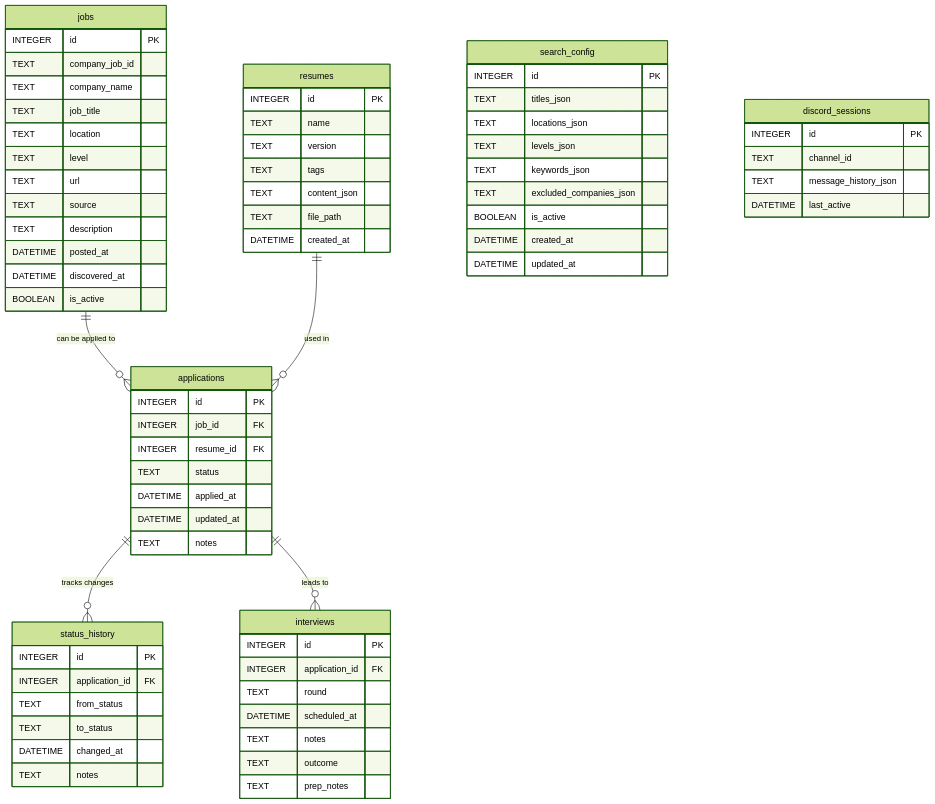
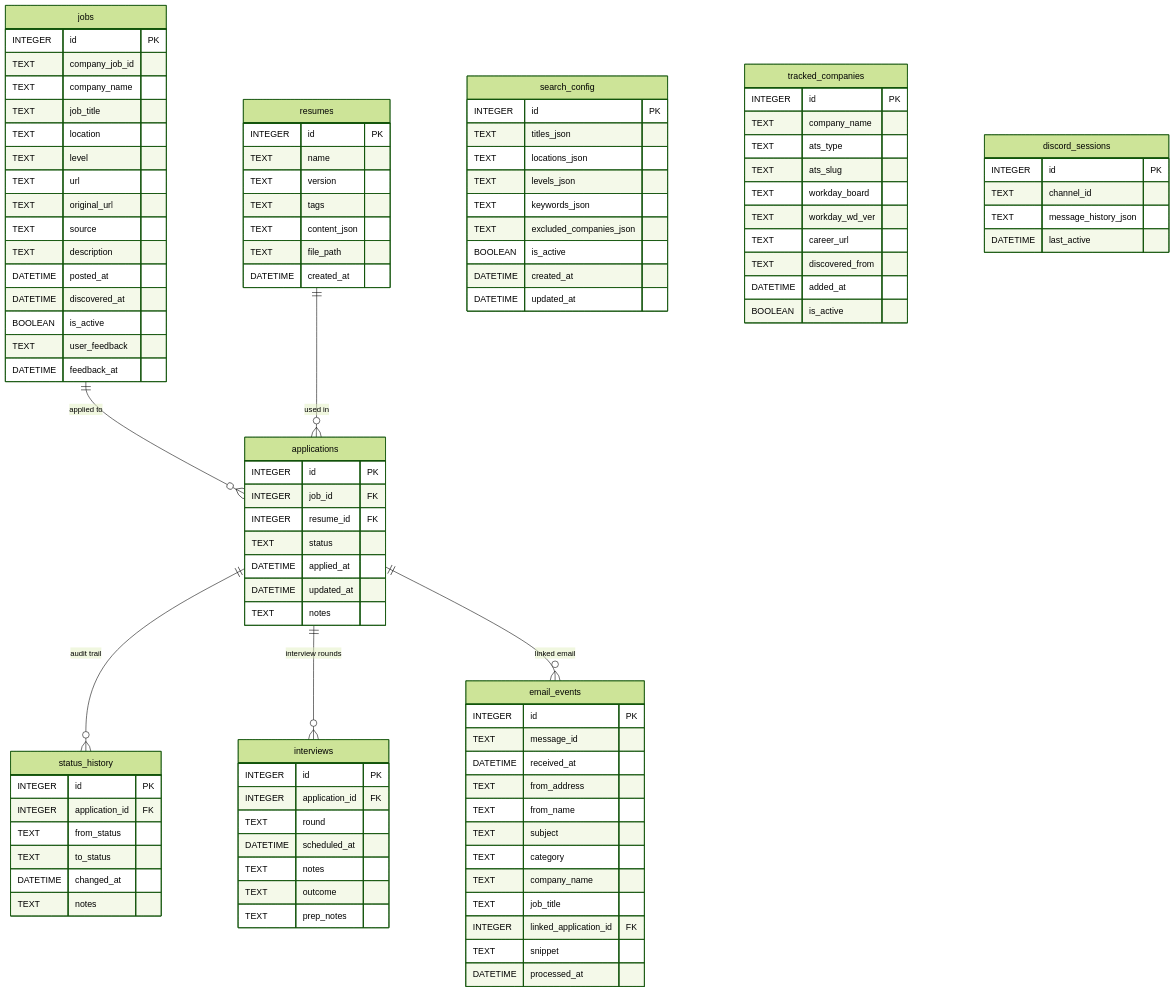
One commit to jimmymoonstation/job-hunt-partner changed the diagram in docs/schema.md. Above: the diagram before and after it, drawn with Mermaid (forest theme). The commit also changed other lines of this file and 30 other files, not shown here.

````diff
--- a/docs/schema.md
+++ b/docs/schema.md
@@ -11,79 +10,111 @@
 erDiagram
     jobs {
         INTEGER id PK
-        TEXT company_job_id
-        TEXT company_name
-        TEXT job_title
-        TEXT location
-        TEXT level
-        TEXT url
-        TEXT source
-        TEXT description
+        TEXT    company_job_id
+        TEXT    company_name
+        TEXT    job_title
+        TEXT    location
+        TEXT    level
+        TEXT    url
+        TEXT    original_url
+        TEXT    source
+        TEXT    description
         DATETIME posted_at
         DATETIME discovered_at
-        BOOLEAN is_active
+        BOOLEAN  is_active
+        TEXT    user_feedback
+        DATETIME feedback_at
     }
 
     applications {
-        INTEGER id PK
-        INTEGER job_id FK
-        INTEGER resume_id FK
-        TEXT status
+        INTEGER  id PK
+        INTEGER  job_id FK
+        INTEGER  resume_id FK
+        TEXT     status
         DATETIME applied_at
         DATETIME updated_at
-        TEXT notes
+        TEXT     notes
     }
 
     status_history {
-        INTEGER id PK
-        INTEGER application_id FK
-        TEXT from_status
-        TEXT to_status
+        INTEGER  id PK
+        INTEGER  application_id FK
+        TEXT     from_status
+        TEXT     to_status
         DATETIME changed_at
-        TEXT notes
+        TEXT     notes
     }
 
     interviews {
-        INTEGER id PK
-        INTEGER application_id FK
-        TEXT round
+        INTEGER  id PK
+        INTEGER  application_id FK
+        TEXT     round
         DATETIME scheduled_at
-        TEXT notes
-        TEXT outcome
-        TEXT prep_notes
+        TEXT     notes
+        TEXT     outcome
+        TEXT     prep_notes
     }
 
     resumes {
-        INTEGER id PK
-        TEXT name
-        TEXT version
-        TEXT tags
-        TEXT content_json
-        TEXT file_path
+        INTEGER  id PK
+        TEXT     name
+        TEXT     version
+        TEXT     tags
+        TEXT     content_json
+        TEXT     file_path
         DATETIME created_at
     }
 
     search_config {
-        INTEGER id PK
-        TEXT titles_json
-        TEXT locations_json
-        TEXT levels_json
-        TEXT keywords_json
-        TEXT excluded_companies_json
-        BOOLEAN is_active
+        INTEGER  id PK
+        TEXT     titles_json
+        TEXT     locations_json
+        TEXT     levels_json
+        TEXT     keywords_json
+        TEXT     excluded_companies_json
+        BOOLEAN  is_active
         DATETIME created_at
         DATETIME updated_at
     }
 
+    tracked_companies {
+        INTEGER  id PK
+        TEXT     company_name
+        TEXT     ats_type
+        TEXT     ats_slug
+        TEXT     workday_board
+        TEXT     workday_wd_ver
+        TEXT     career_url
+        TEXT     discovered_from
+        DATETIME added_at
+        BOOLEAN  is_active
+    }
+
+    email_events {
+        INTEGER  id PK
+        TEXT     message_id
+        DATETIME received_at
+        TEXT     from_address
+        TEXT     from_name
+        TEXT     subject
+        TEXT     category
+        TEXT     company_name
+        TEXT     job_title
+        INTEGER  linked_application_id FK
+        TEXT     snippet
+        DATETIME processed_at
+    }
+
     discord_sessions {
-        INTEGER id PK
-        TEXT channel_id
-        TEXT message_history_json
+        INTEGER  id PK
+        TEXT     channel_id
+        TEXT     message_history_json
         DATETIME last_active
     }
 
-    jobs ||--o{ applications : "can be applied to"
-    applications ||--o{ status_history : "tracks changes"
-    applications ||--o{ interviews : "leads to"
-    resumes ||--o{ applications : "used in"
+    jobs         ||--o{ applications    : "applied to"
+    applications ||--o{ status_history  : "audit trail"
+    applications ||--o{ interviews      : "interview rounds"
+    resumes      ||--o{ applications    : "used in"
+    applications ||--o{ email_events    : "linked email"
 ```
````
